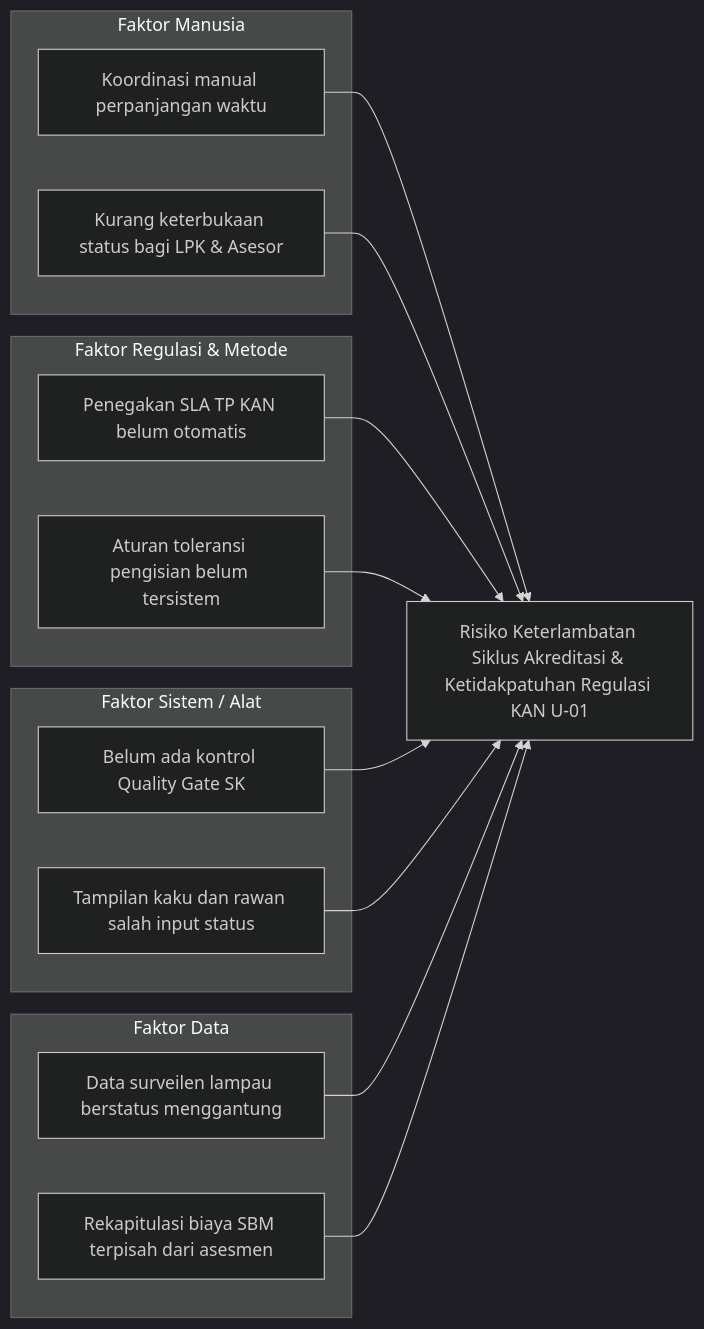
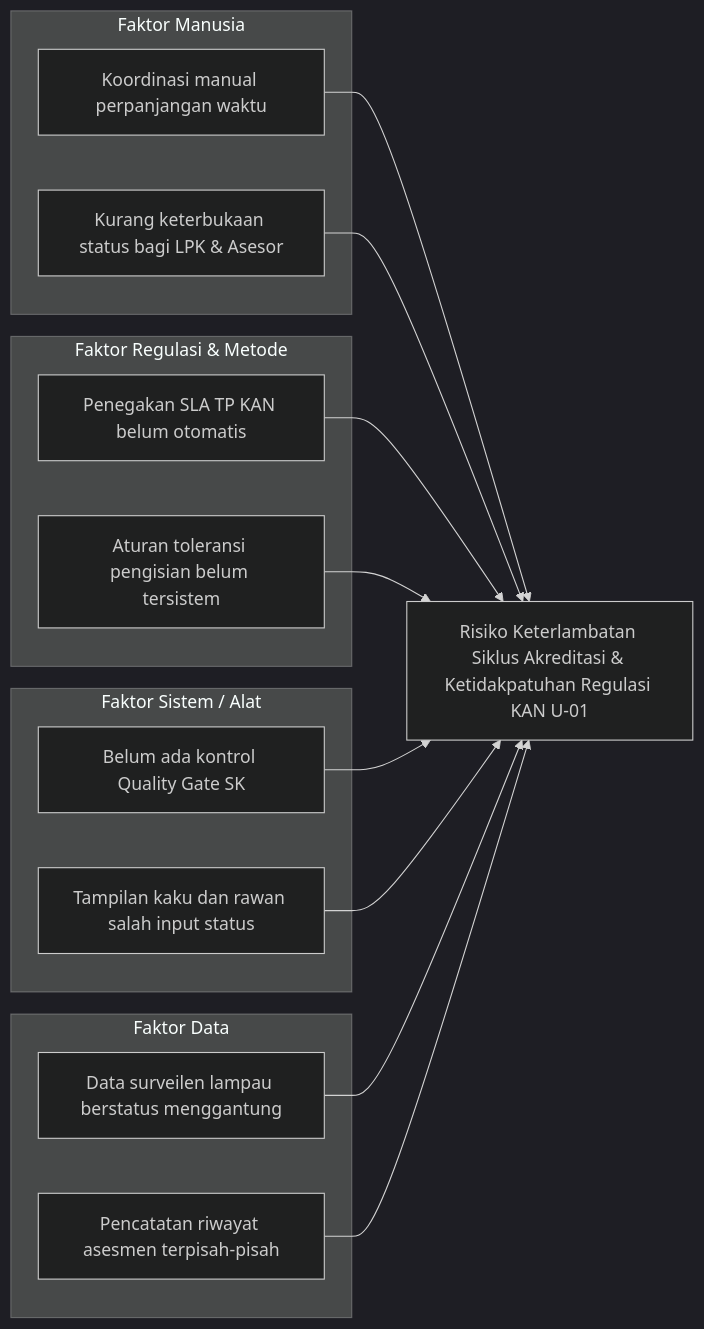
The diagram in docs/03-tahap-analisis.md (greedykid/prototype-magang), drawn with Mermaid (dark theme) before and after one commit. The commit also changed other lines of this file and 79 other files, not shown here.

````diff
--- a/docs/03-tahap-analisis.md
+++ b/docs/03-tahap-analisis.md
@@ -23,24 +23,24 @@
 ```mermaid
 graph LR
     subgraph Manusia ["Faktor Manusia"]
         M1["Koordinasi manual perpanjangan waktu"]
         M2["Kurang keterbukaan status bagi LPK & Asesor"]
     end
     subgraph Metode ["Faktor Regulasi & Metode"]
         T1["Penegakan SLA TP KAN belum otomatis"]
         T2["Aturan toleransi pengisian belum tersistem"]
     end
     subgraph Sistem ["Faktor Sistem / Alat"]
         S1["Belum ada kontrol Quality Gate SK"]
         S2["Tampilan kaku dan rawan salah input status"]
     end
     subgraph Data ["Faktor Data"]
         D1["Data surveilen lampau berstatus menggantung"]
-        D2["Rekapitulasi biaya SBM terpisah dari asesmen"]
+        D2["Pencatatan riwayat asesmen terpisah-pisah"]
     end
 
     M1 & M2 --> MasalahUtama["Risiko Keterlambatan Siklus Akreditasi & Ketidakpatuhan Regulasi KAN U-01"]
     T1 & T2 --> MasalahUtama
     S1 & S2 --> MasalahUtama
     D1 & D2 --> MasalahUtama
 ```
````
